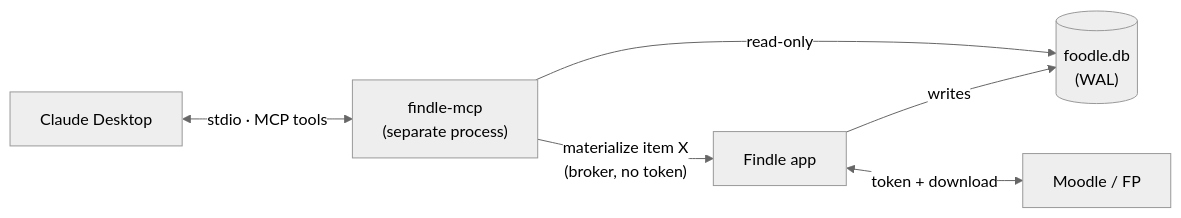
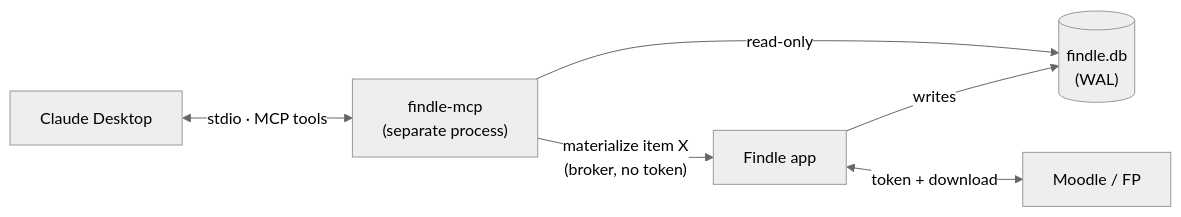
One commit to alexmodrono/Findle changed the diagram in findle-mcp-design.md. Above: the diagram before and after it, drawn with Mermaid (neutral theme). The commit also changed 55 other files, not shown here.

First line of the commit message:
Rename Foodle to Findle

````diff
--- a/findle-mcp-design.md
+++ b/findle-mcp-design.md
@@ -17,14 +17,14 @@
 ```mermaid
 flowchart LR
     claude["Claude Desktop"]
     mcp["findle-mcp<br/>(separate process)"]
-    db[("foodle.db<br/>(WAL)")]
+    db[("findle.db<br/>(WAL)")]
     app["Findle app"]
     moodle["Moodle / FP"]
 
     claude <-->|"stdio · MCP tools"| mcp
     mcp -->|read-only| db
     mcp -->|"materialize item X<br/>(broker, no token)"| app
     app -->|writes| db
     app <-->|"token + download"| moodle
 ```
````
